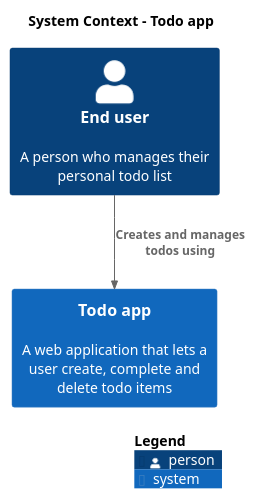
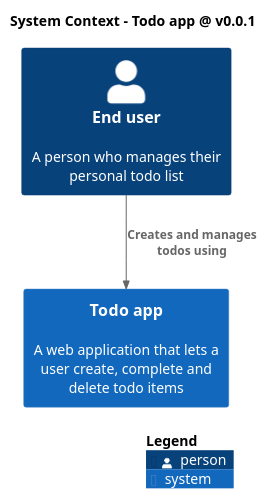
The diagram in docs/architecture/diagrams/01-system-context.puml (MemoryIt/todo), drawn with PlantUML before and after one commit. The commit also changed 10 other files, not shown here.

Commit message:
docs(diagrams): add the v0.0.1 version anchor to diagram titles

```diff
--- a/docs/architecture/diagrams/01-system-context.puml
+++ b/docs/architecture/diagrams/01-system-context.puml
@@ -1,12 +1,12 @@
 @startuml
 !include <C4/C4_Context>
-title System Context - Todo app
+title System Context - Todo app @ v0.0.1
 
 Person(user, "End user", "A person who manages their personal todo list")
 
 System(app, "Todo app", "A web application that lets a user create, complete and delete todo items")
 
 Rel(user, app, "Creates and manages todos using")
 
 SHOW_LEGEND()
 @enduml
```
